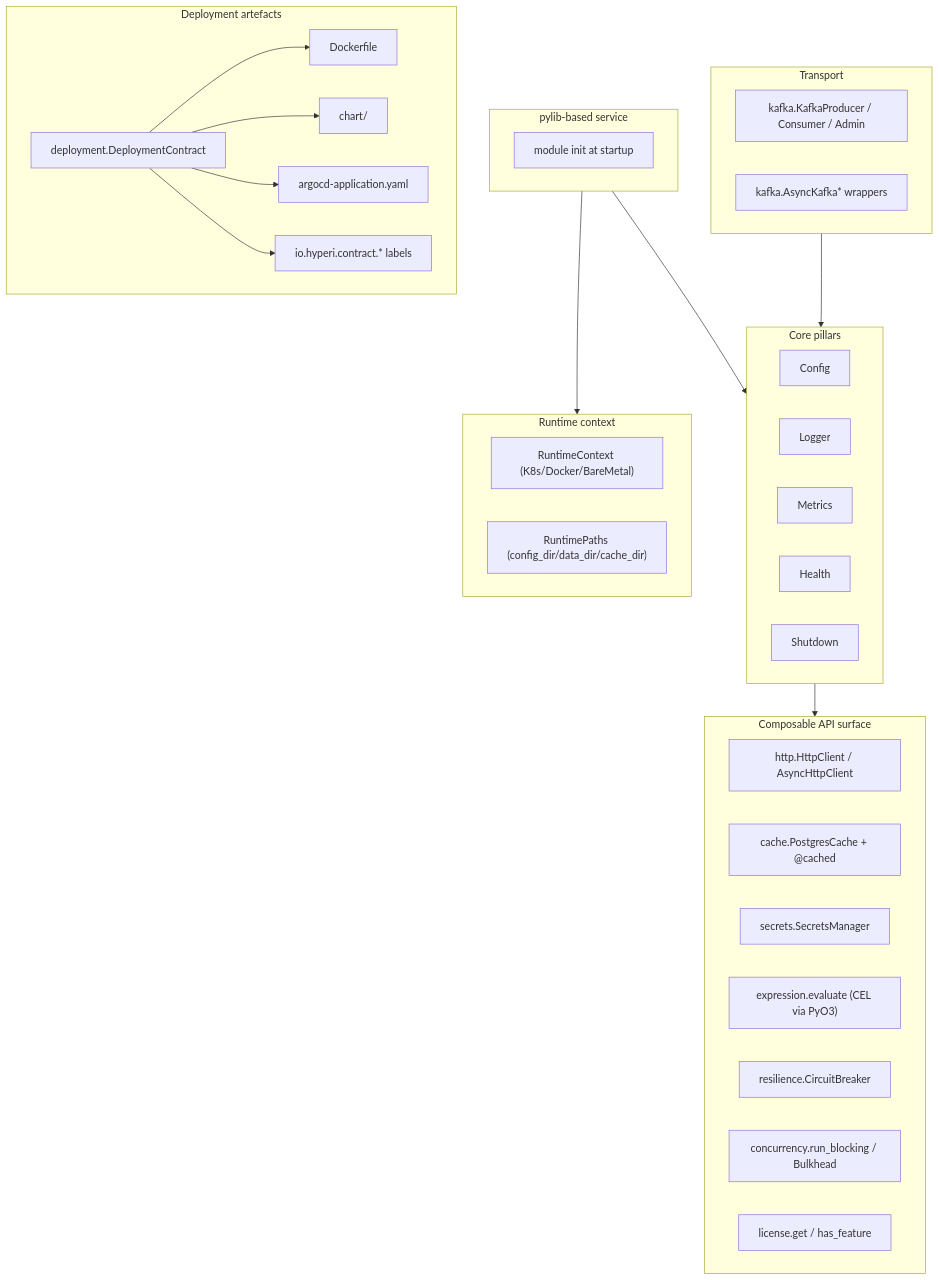
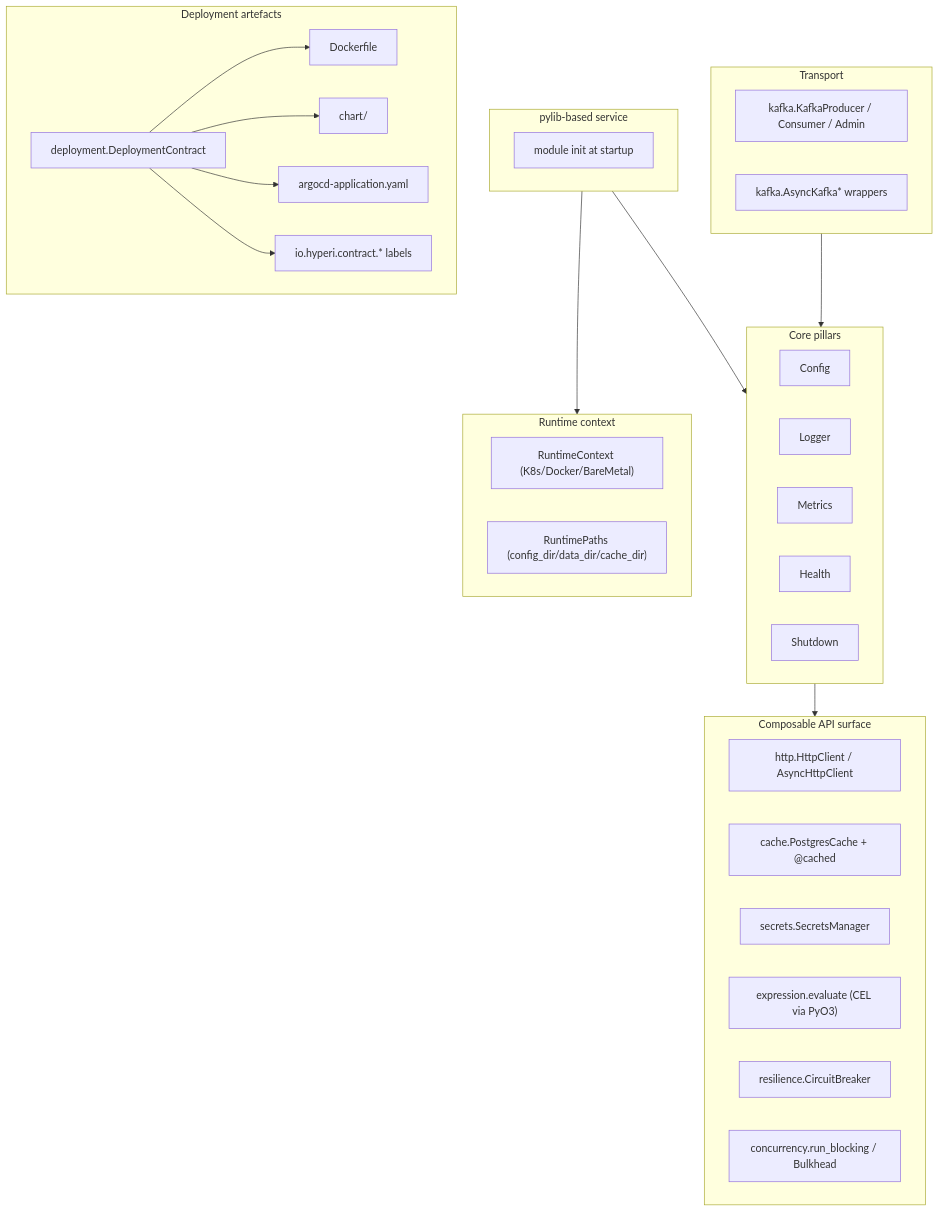
Before and after one commit to hyperi-io/hyperi-pylib: the diagram in docs/README.md, drawn with Mermaid. The commit also changed other lines of this file and 17 other files, not shown here.

````diff
--- a/docs/README.md
+++ b/docs/README.md
@@ -37,51 +37,50 @@
 ```mermaid
 flowchart TB
     subgraph App["pylib-based service"]
         Init["module init at startup"]
     end
 
     subgraph Pillars["Core pillars"]
         Config
         Logger
         Metrics
         Health
         Shutdown
     end
 
     subgraph Runtime["Runtime context"]
         RC["RuntimeContext (K8s/Docker/BareMetal)"]
         Paths["RuntimePaths (config_dir/data_dir/cache_dir)"]
     end
 
     subgraph API["Composable API surface"]
         HTTP["http.HttpClient / AsyncHttpClient"]
         Cache["cache.PostgresCache + @cached"]
         Secrets["secrets.SecretsManager"]
         Expr["expression.evaluate (CEL via PyO3)"]
         Resil["resilience.CircuitBreaker"]
         Conc["concurrency.run_blocking / Bulkhead"]
-        Lic["license.get / has_feature"]
     end
 
     subgraph Transport["Transport"]
         Kafka["kafka.KafkaProducer / Consumer / Admin"]
         AsyncKafka["kafka.AsyncKafka* wrappers"]
     end
 
     subgraph Deploy["Deployment artefacts"]
         DC["deployment.DeploymentContract"]
         DF["Dockerfile"]
         CH["chart/"]
         AC["argocd-application.yaml"]
         ID["io.hyperi.contract.* labels"]
     end
 
     App --> Pillars
     App --> Runtime
     Pillars --> API
     Transport --> Pillars
     DC --> DF
     DC --> CH
     DC --> AC
     DC --> ID
 ```
````
